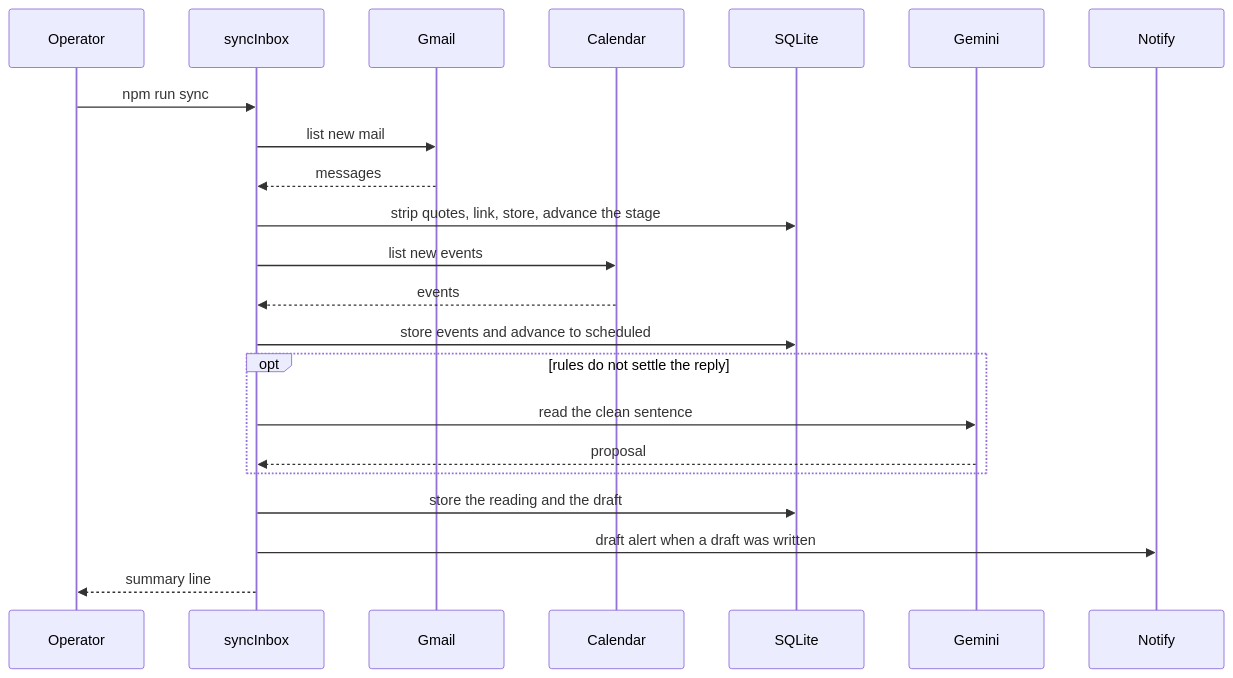
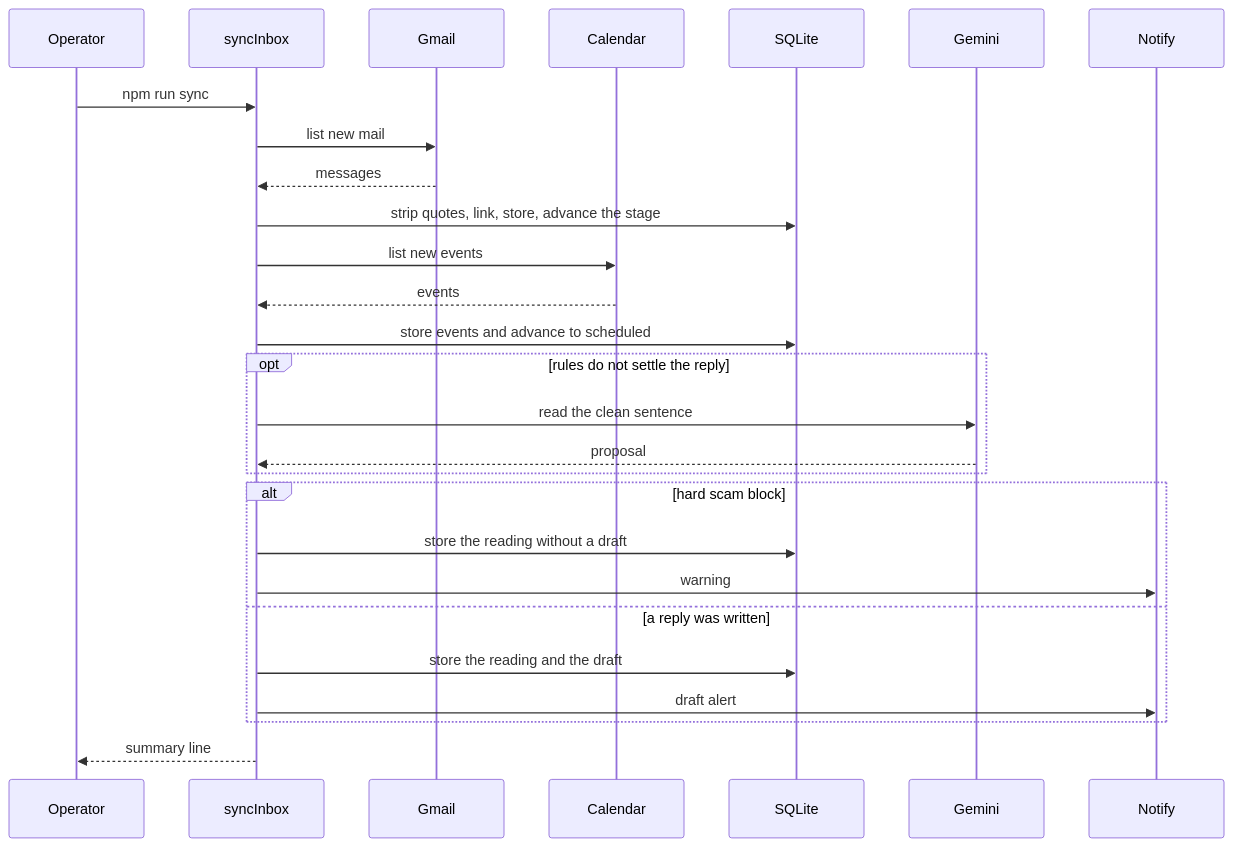
Before and after one commit to shinnenkara/wohn-agent: the second of 5 diagrams in docs/flows.md, drawn with Mermaid. The commit also changed other lines of this file and 37 other files, not shown here.

````diff
--- a/docs/flows.md
+++ b/docs/flows.md
@@ -47,24 +47,29 @@
 ```mermaid
 sequenceDiagram
   participant Operator
   participant Sync as syncInbox
   participant Gmail
   participant Calendar
   participant SQLite
   participant Gemini
   participant Notify
   Operator->>Sync: npm run sync
   Sync->>Gmail: list new mail
   Gmail-->>Sync: messages
   Sync->>SQLite: strip quotes, link, store, advance the stage
   Sync->>Calendar: list new events
   Calendar-->>Sync: events
   Sync->>SQLite: store events and advance to scheduled
   opt rules do not settle the reply
     Sync->>Gemini: read the clean sentence
     Gemini-->>Sync: proposal
   end
-  Sync->>SQLite: store the reading and the draft
-  Sync->>Notify: draft alert when a draft was written
+  alt hard scam block
+    Sync->>SQLite: store the reading without a draft
+    Sync->>Notify: warning
+  else a reply was written
+    Sync->>SQLite: store the reading and the draft
+    Sync->>Notify: draft alert
+  end
   Sync-->>Operator: summary line
 ```
````
